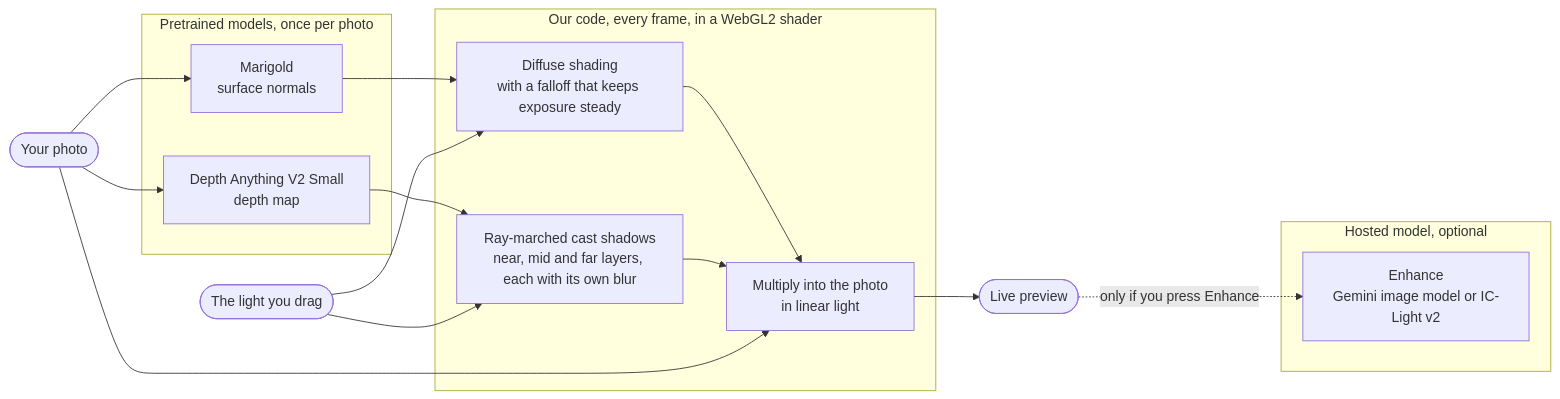
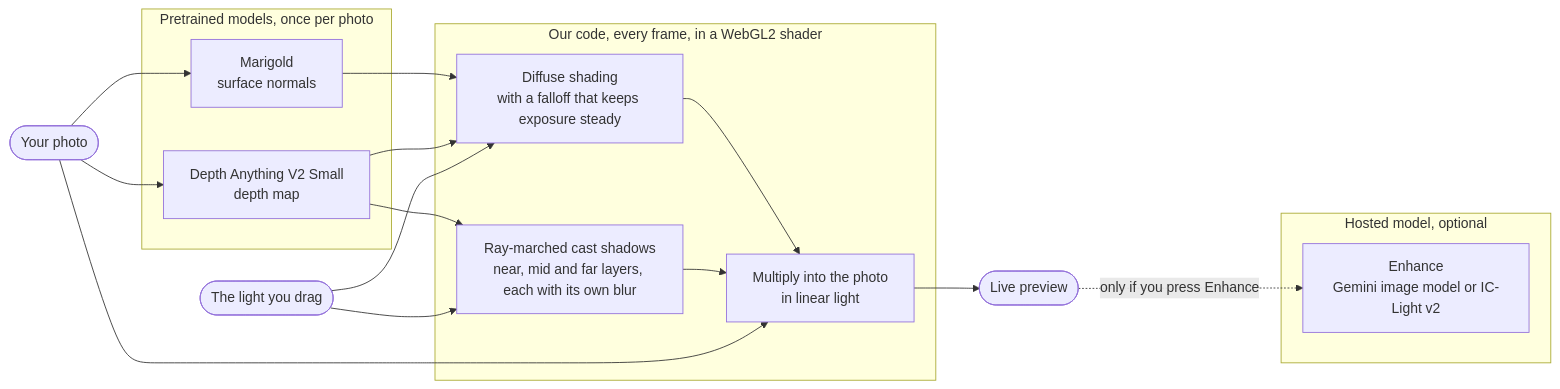
The diagram in README.md (aarooshpravici/BanannaHacksSubmission), drawn with Mermaid before and after one commit. The commit also changed other lines of this file and 1 other file, not shown here.

````diff
--- a/README.md
+++ b/README.md
@@ -15,34 +15,35 @@
 ```mermaid
 flowchart LR
   photo([Your photo])
 
   subgraph pre["Pretrained models, once per photo"]
     depth["Depth Anything V2 Small<br/>depth map"]
     normals["Marigold<br/>surface normals"]
   end
 
   subgraph ours["Our code, every frame, in a WebGL2 shader"]
     diffuse["Diffuse shading<br/>with a falloff that keeps exposure steady"]
     shadows["Ray-marched cast shadows<br/>near, mid and far layers, each with its own blur"]
     mix["Multiply into the photo<br/>in linear light"]
   end
 
   subgraph hosted["Hosted model, optional"]
     enhance["Enhance<br/>Gemini image model or IC-Light v2"]
   end
 
   light([The light you drag])
   screen([Live preview])
 
   photo --> depth
   photo --> normals
   normals --> diffuse
+  depth --> diffuse
   depth --> shadows
   light --> diffuse
   light --> shadows
   diffuse --> mix
   shadows --> mix
   photo --> mix
   mix --> screen
   screen -. "only if you press Enhance" .-> enhance
 ```
````
